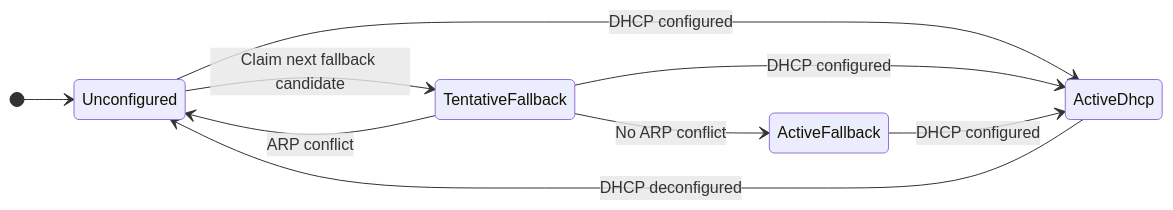
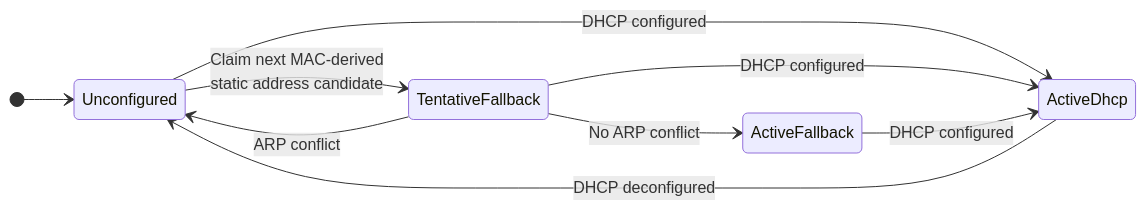
The diagram in software/deimos/README.md (deimoscontrols/deimos), drawn with Mermaid before and after one commit.

Commit message:
clarify transition criteria

````diff
--- a/software/deimos/README.md
+++ b/software/deimos/README.md
@@ -183,17 +183,17 @@
 ```mermaid
 stateDiagram-v2
     direction LR
 
     [*] --> Unconfigured
 
-    Unconfigured --> TentativeFallback: Claim next fallback candidate
+    Unconfigured --> TentativeFallback: Claim next MAC-derived<br>static address candidate
     Unconfigured --> ActiveDhcp: DHCP configured
 
     TentativeFallback --> ActiveFallback: No ARP conflict
     TentativeFallback --> Unconfigured: ARP conflict
     TentativeFallback --> ActiveDhcp: DHCP configured
 
     ActiveFallback --> ActiveDhcp: DHCP configured
 
     ActiveDhcp --> Unconfigured: DHCP deconfigured
 ```
````
